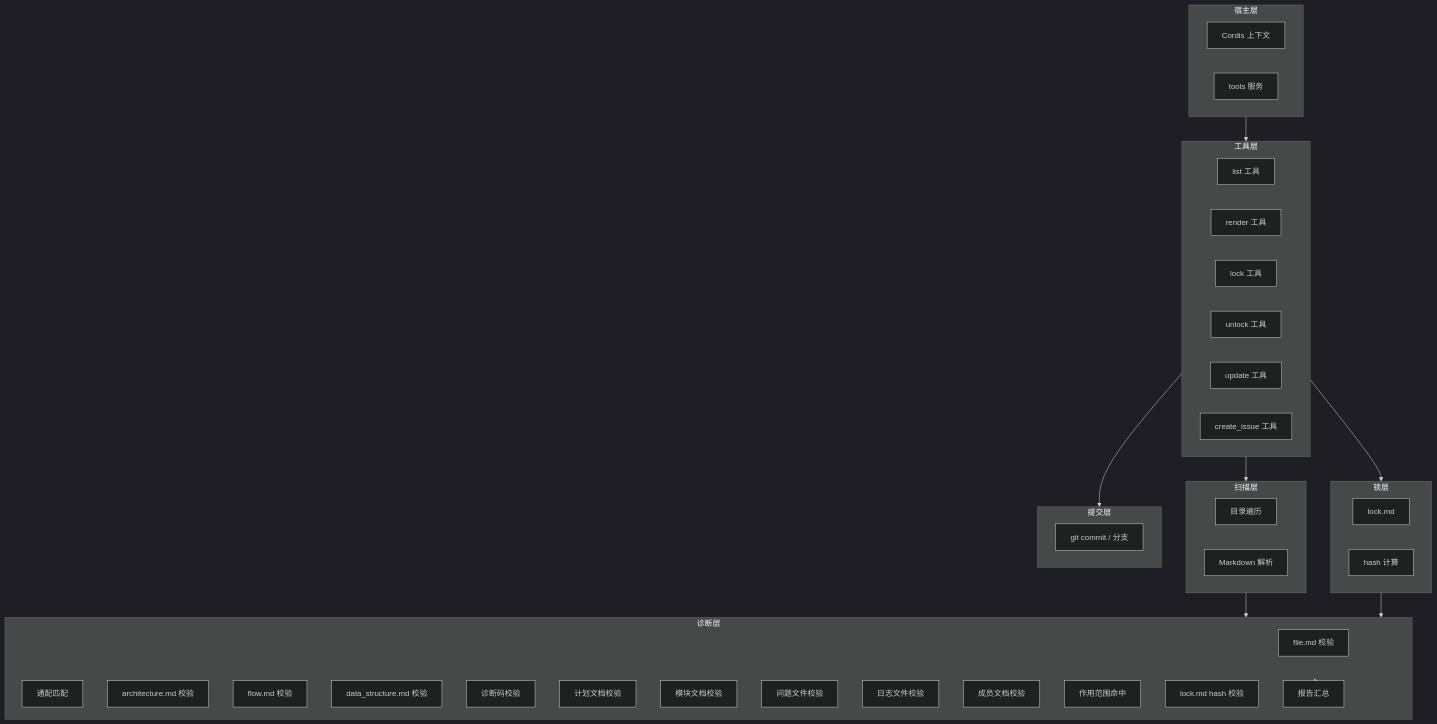
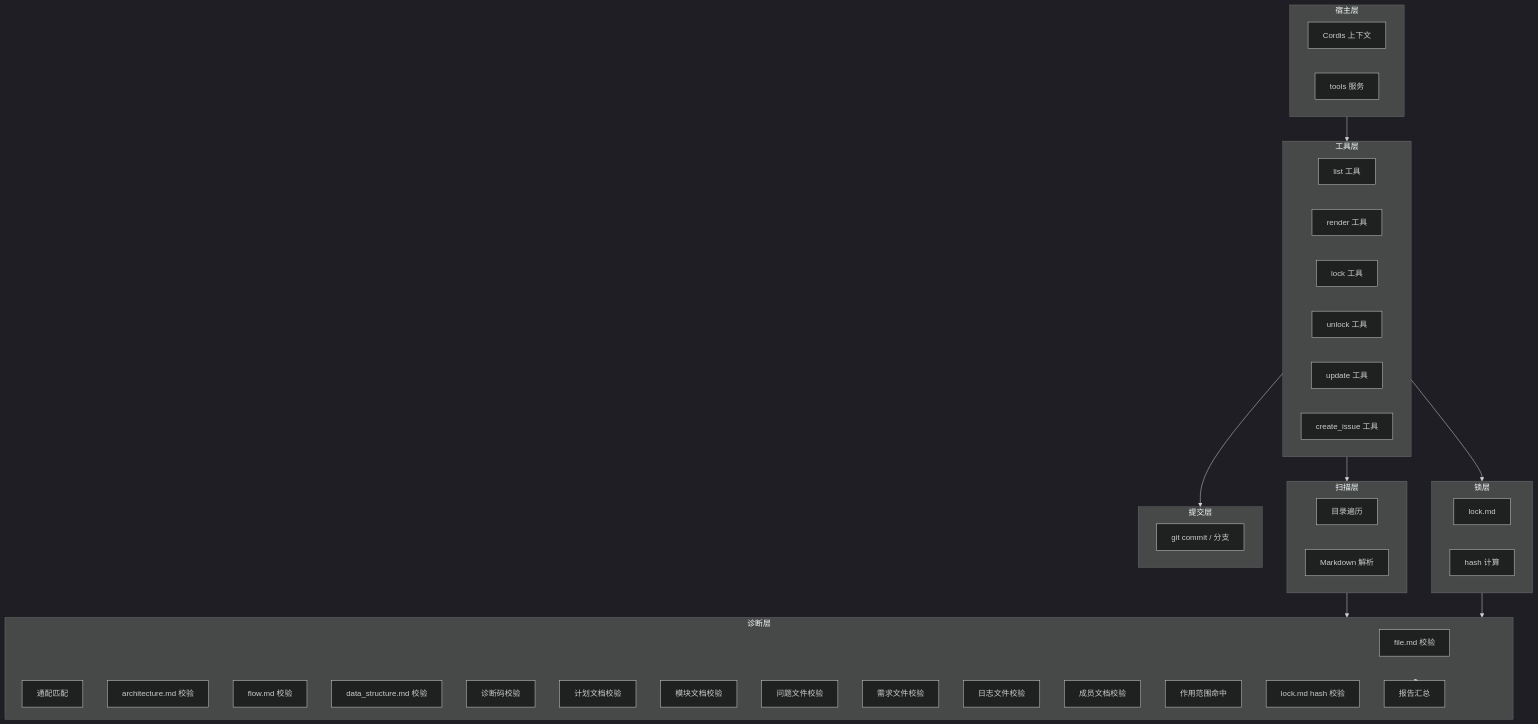
Before and after one commit to Cangjier/coder: the first of 13 diagrams in .coder/design/architecture.md, drawn with Mermaid (dark theme). The commit also changed other lines of this file and 20 other files, not shown here.

````diff
--- a/.coder/design/architecture.md
+++ b/.coder/design/architecture.md
@@ -5,49 +5,50 @@
 ```mermaid
 flowchart TB
   subgraph 宿主层
     cordis["Cordis 上下文"]
     tools["tools 服务"]
   end
   subgraph 工具层
     list["list 工具"]
     render["render 工具"]
     lock["lock 工具"]
     unlock["unlock 工具"]
     update["update 工具"]
     issue["create_issue 工具"]
   end
   subgraph 扫描层
     walk["目录遍历"]
     parse["Markdown 解析"]
   end
   subgraph 诊断层
     file["file.md 校验"]
     glob["通配匹配"]
     arch["architecture.md 校验"]
     flow["flow.md 校验"]
     data["data_structure.md 校验"]
     diag["诊断码校验"]
     plan["计划文档校验"]
     module["模块文档校验"]
     issueDoc["问题文件校验"]
+    requirementDoc["需求文件校验"]
     logDoc["日志文件校验"]
     memberDoc["成员文档校验"]
     scope["作用范围命中"]
     lockHash["lock.md hash 校验"]
     report["报告汇总"]
   end
   subgraph 锁层
     lockFile["lock.md"]
     hash["hash 计算"]
   end
   subgraph 提交层
     git["git commit / 分支"]
   end
   宿主层 --> 工具层
   工具层 --> 扫描层
   工具层 --> 锁层
   工具层 --> 提交层
   扫描层 --> 诊断层
   锁层 --> 诊断层
   诊断层 --> report
 ```
````
